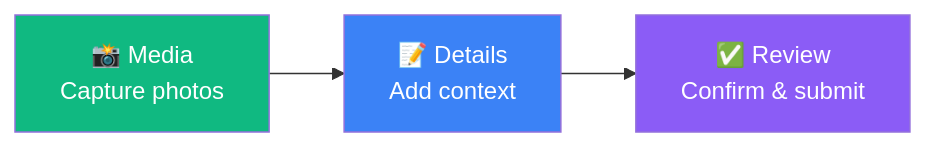
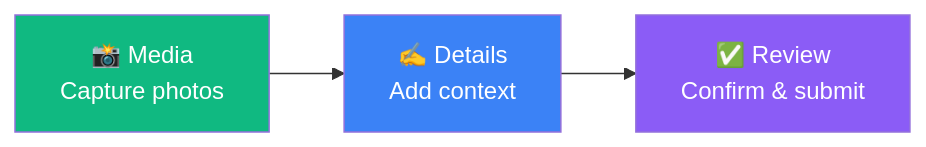
One commit to greenpill-dev-guild/green-goods changed the diagram in docs/docs/welcome/why-green-goods.md. Above: the diagram before and after it, drawn with Mermaid. The commit also changed 44 other files, not shown here.

````diff
--- a/docs/docs/welcome/why-green-goods.md
+++ b/docs/docs/welcome/why-green-goods.md
@@ -37,9 +37,9 @@
 ```mermaid
 graph LR
-    M["📸 Media<br/>Capture photos"] --> D["📝 Details<br/>Add context"]
+    M["📸 Media<br/>Capture photos"] --> D["✍️ Details<br/>Add context"]
     D --> R["✅ Review<br/>Confirm & submit"]
 
     style M fill:#10b981,color:#fff
     style D fill:#3b82f6,color:#fff
     style R fill:#8b5cf6,color:#fff
 ```
````
